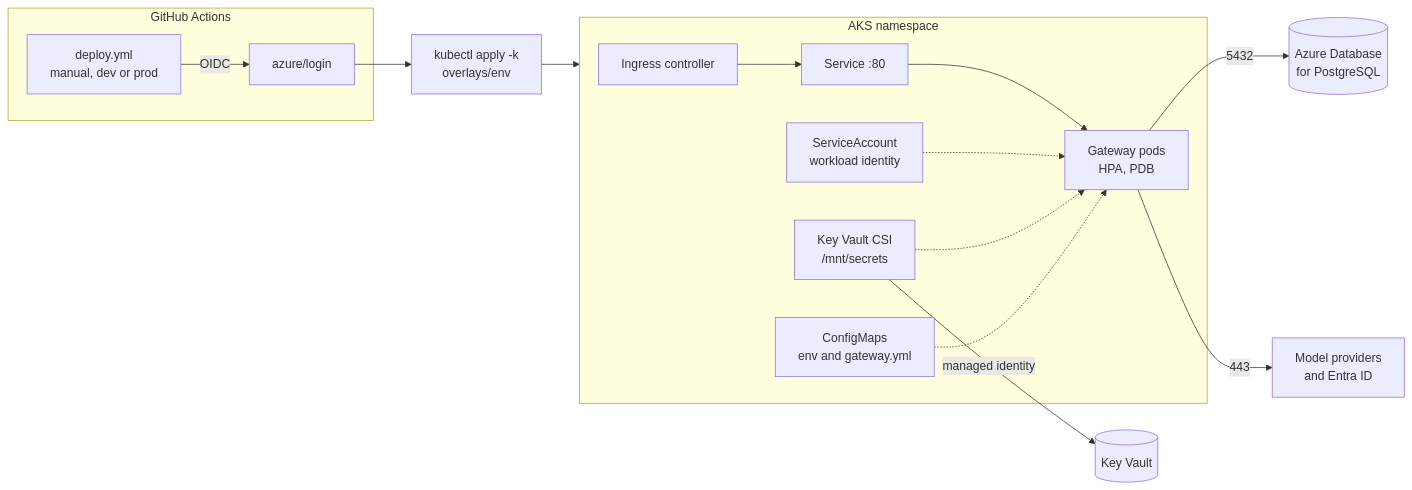
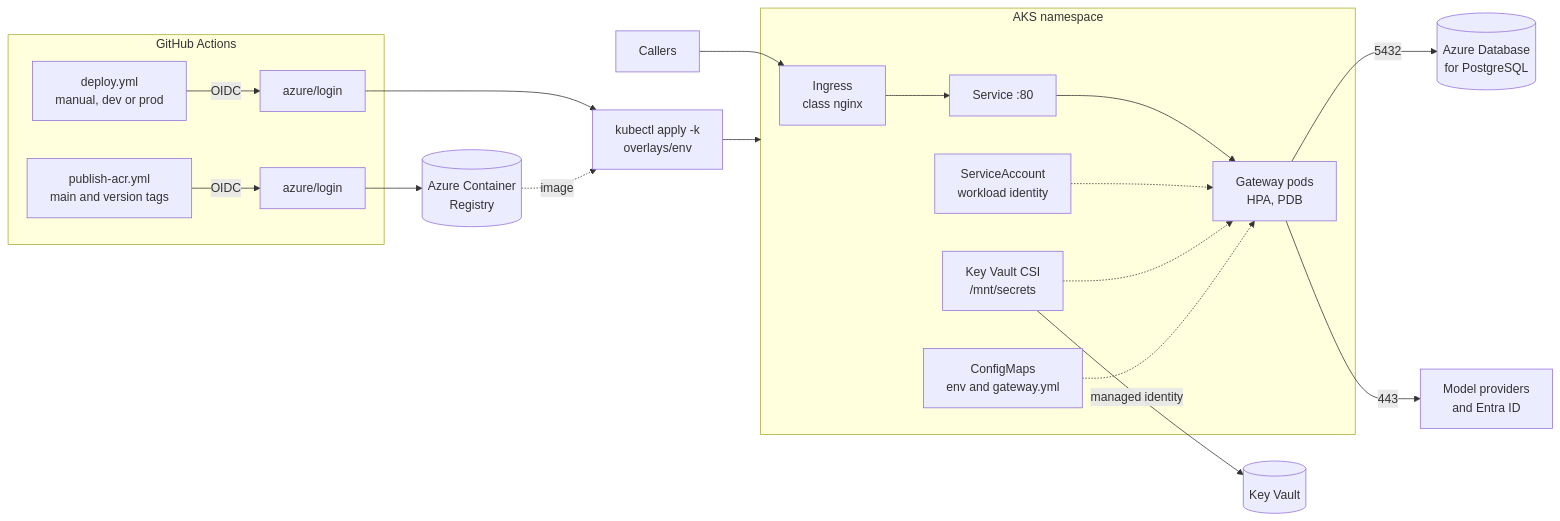
Before and after one commit to rmkr-dev/rag-eval-gateway: the diagram in docs/deployment-aks.md, drawn with Mermaid. The commit also changed other lines of this file and 15 other files, not shown here.

First line of the commit message:
Add an ingress-nginx Ingress and an ACR publish workflow

````diff
--- a/docs/deployment-aks.md
+++ b/docs/deployment-aks.md
@@ -7,18 +9,22 @@
 ```mermaid
 flowchart LR
     subgraph GH[GitHub Actions]
-        D[deploy.yml<br/>manual, dev or prod] -->|OIDC| L[azure/login]
+        P[publish-acr.yml<br/>main and version tags] -->|OIDC| A[azure/login]
+        D[deploy.yml<br/>manual, dev or prod] -->|OIDC| B[azure/login]
     end
-    L --> K[kubectl apply -k<br/>overlays/env]
+    A --> ACR[(Azure Container<br/>Registry)]
+    B --> K[kubectl apply -k<br/>overlays/env]
+    ACR -.->|image| K
     subgraph AKS[AKS namespace]
-        I[Ingress controller] --> S[Service :80]
-        S --> P[Gateway pods<br/>HPA, PDB]
-        SA[ServiceAccount<br/>workload identity] -.-> P
-        CSI[Key Vault CSI<br/>/mnt/secrets] -.-> P
-        CM[ConfigMaps<br/>env and gateway.yml] -.-> P
+        IN[Ingress<br/>class nginx] --> S[Service :80]
+        S --> POD[Gateway pods<br/>HPA, PDB]
+        SA[ServiceAccount<br/>workload identity] -.-> POD
+        CSI[Key Vault CSI<br/>/mnt/secrets] -.-> POD
+        CM[ConfigMaps<br/>env and gateway.yml] -.-> POD
     end
+    U[Callers] --> IN
     K --> AKS
     CSI -->|managed identity| KV[(Key Vault)]
-    P -->|5432| PG[(Azure Database<br/>for PostgreSQL)]
-    P -->|443| PR[Model providers<br/>and Entra ID]
+    POD -->|5432| PG[(Azure Database<br/>for PostgreSQL)]
+    POD -->|443| PR[Model providers<br/>and Entra ID]
 ```
````
